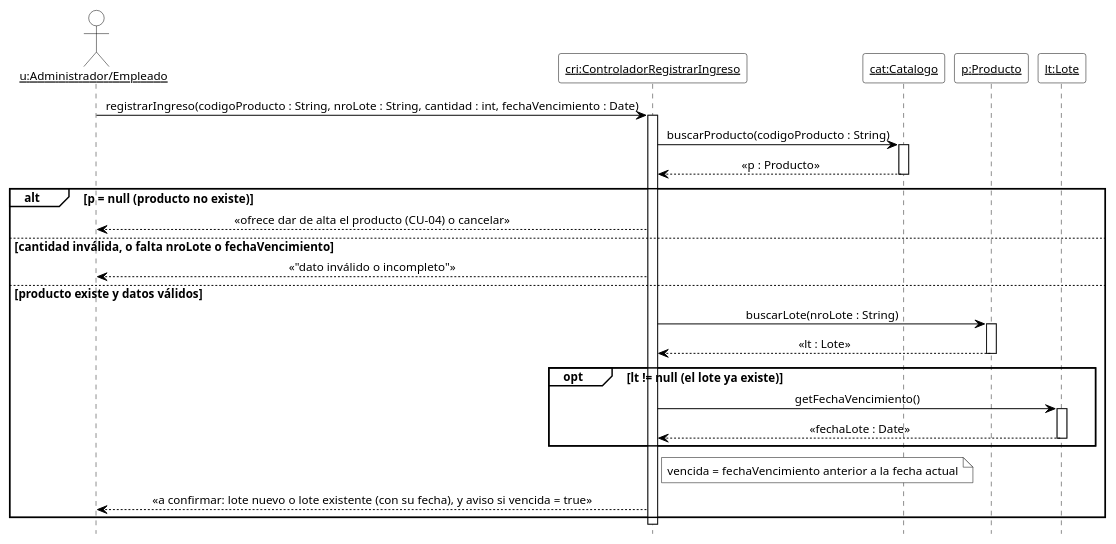
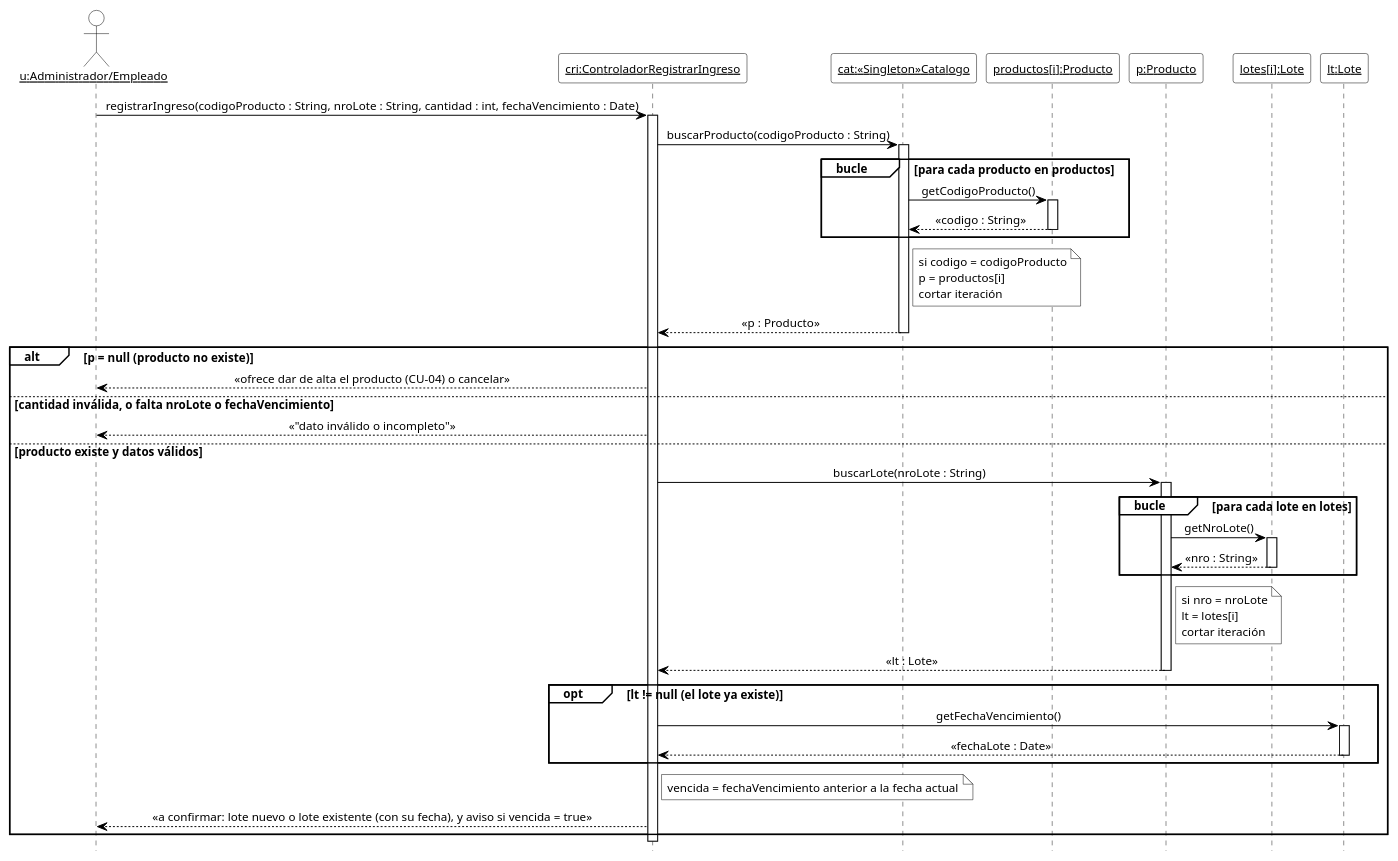
Before and after one commit to cirotop/Stock-Project: the tenth of 17 diagrams in 08-Diagrama De Secuencia/Diagramas_de_Secuencia.md, drawn with PlantUML. The commit also changed other lines of this file and 36 other files, not shown here.

````diff
--- a/08-Diagrama De Secuencia/Diagramas_de_Secuencia.md
+++ b/08-Diagrama De Secuencia/Diagramas_de_Secuencia.md
@@ -583,49 +702,71 @@
 ```plantuml
 @startuml DSD_CU-05_registrarIngreso
 ' Diagrama de Secuencia de Diseño (DSD) - CU-05 Registrar ingreso de mercadería - registrarIngreso
 ' Estilo de los ejemplos de la teoría (introducirArticulo / crearNuevaVenta).
 hide footbox
 skinparam shadowing false
 skinparam defaultFontName Arial
 skinparam defaultFontSize 12
 skinparam sequenceMessageAlign center
 skinparam ArrowColor black
 skinparam ParticipantBackgroundColor white
 skinparam ParticipantBorderColor black
+skinparam CollectionsBackgroundColor white
+skinparam CollectionsBorderColor black
 skinparam ActorBackgroundColor white
 skinparam ActorBorderColor black
 skinparam LifeLineBorderColor black
 skinparam LifeLineBackgroundColor white
 skinparam SequenceGroupBackgroundColor white
 skinparam SequenceGroupBorderColor black
 skinparam SequenceGroupHeaderFontColor black
 skinparam NoteBackgroundColor white
 skinparam NoteBorderColor black
 
 actor "<u>u:Administrador/Empleado</u>" as u
 participant "<u>cri:ControladorRegistrarIngreso</u>" as cri
-participant "<u>cat:Catalogo</u>" as cat
+participant "<u>cat:«Singleton»Catalogo</u>" as cat
+participant "<u>productos[i]:Producto</u>" as pi
 participant "<u>p:Producto</u>" as p
+participant "<u>lotes[i]:Lote</u>" as li
 participant "<u>lt:Lote</u>" as lt
 
 u -> cri ++ : registrarIngreso(codigoProducto : String, nroLote : String, cantidad : int, fechaVencimiento : Date)
 cri -> cat ++ : buscarProducto(codigoProducto : String)
+group bucle [para cada producto en productos]
+  cat -> pi ++ : getCodigoProducto()
+  pi --> cat -- : «codigo : String»
+end
+note right of cat
+  si codigo = codigoProducto
+  p = productos[i]
+  cortar iteración
+end note
 cat --> cri -- : «p : Producto»
 alt p = null (producto no existe)
   cri --> u : «ofrece dar de alta el producto (CU-04) o cancelar»
 else cantidad inválida, o falta nroLote o fechaVencimiento
   cri --> u : «"dato inválido o incompleto"»
 else producto existe y datos válidos
   cri -> p ++ : buscarLote(nroLote : String)
+  group bucle [para cada lote en lotes]
+    p -> li ++ : getNroLote()
+    li --> p -- : «nro : String»
+  end
+  note right of p
+    si nro = nroLote
+    lt = lotes[i]
+    cortar iteración
+  end note
   p --> cri -- : «lt : Lote»
   opt lt != null (el lote ya existe)
     cri -> lt ++ : getFechaVencimiento()
     lt --> cri -- : «fechaLote : Date»
   end
   note right of cri : vencida = fechaVencimiento anterior a la fecha actual
   cri --> u : «a confirmar: lote nuevo o lote existente (con su fecha), y aviso si vencida = true»
 end
 deactivate cri
 
 @enduml
 ```
````
